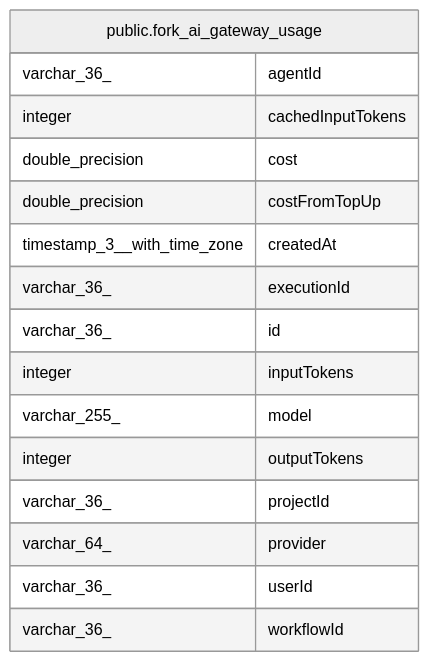
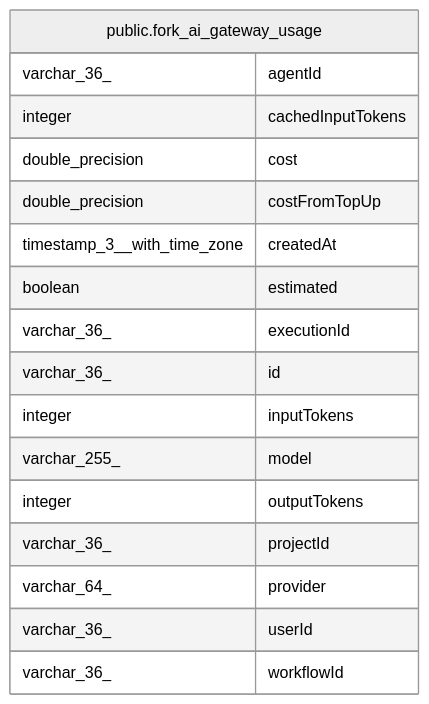
Before and after one commit to sreent/n8n: the diagram in docs/generated/postgres-schema/public.fork_ai_gateway_usage.md, drawn with Mermaid (neutral theme). The commit also changed other lines of this file and 17 other files, not shown here.

````diff
--- a/docs/generated/postgres-schema/public.fork_ai_gateway_usage.md
+++ b/docs/generated/postgres-schema/public.fork_ai_gateway_usage.md
@@ -48,21 +50,22 @@
 ```mermaid
 erDiagram
 
 
 "public.fork_ai_gateway_usage" {
   varchar_36_ agentId
   integer cachedInputTokens
   double_precision cost
   double_precision costFromTopUp
   timestamp_3__with_time_zone createdAt
+  boolean estimated
   varchar_36_ executionId
   varchar_36_ id
   integer inputTokens
   varchar_255_ model
   integer outputTokens
   varchar_36_ projectId
   varchar_64_ provider
   varchar_36_ userId
   varchar_36_ workflowId
 }
 ```
````
